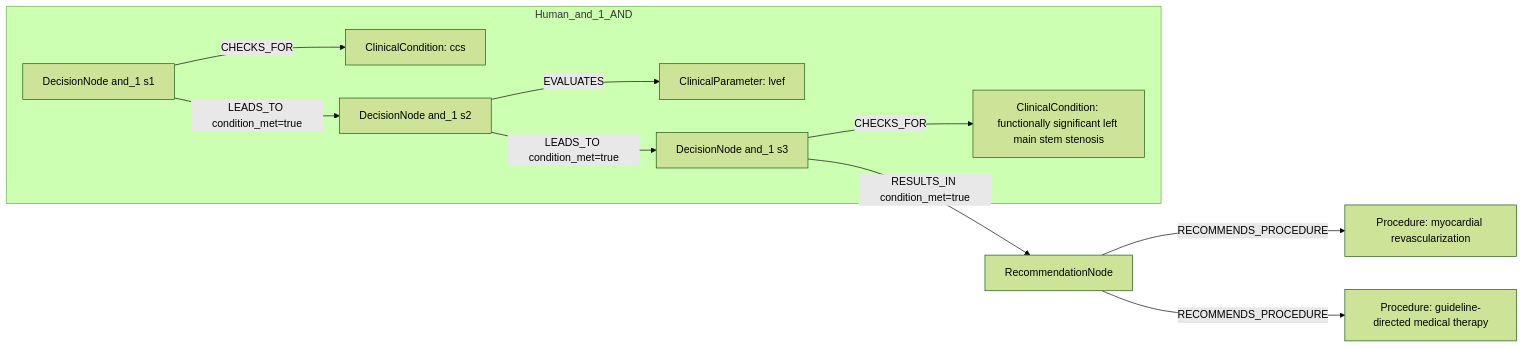
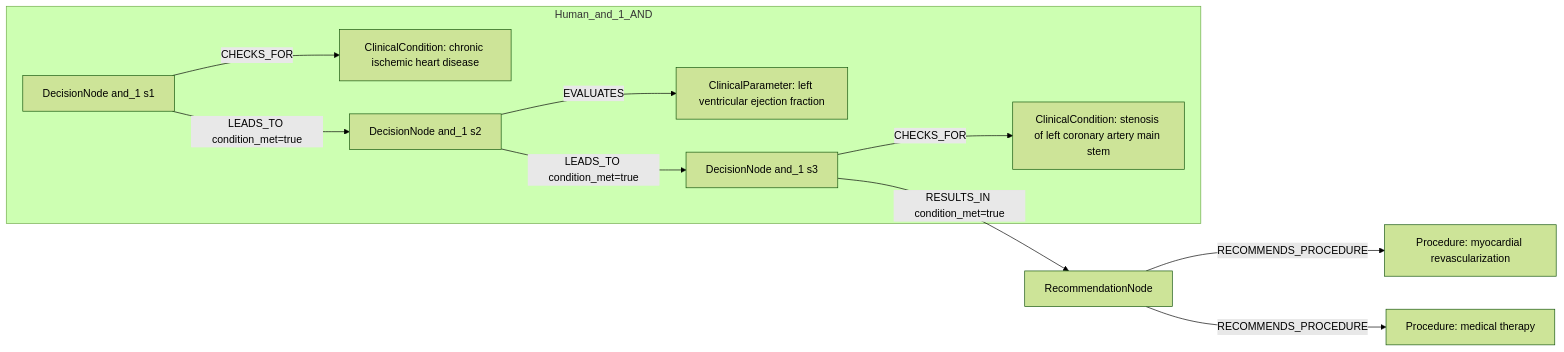
The first of 2 diagrams in docs/table22_rows_comparison/row_06.md (dieterich-lab/CardioGuidelinesGraph), drawn with Mermaid (forest theme) before and after one commit. The commit also changed other lines of this file and 27 other files, not shown here.

````diff
--- a/docs/table22_rows_comparison/row_06.md
+++ b/docs/table22_rows_comparison/row_06.md
@@ -399,22 +116,22 @@
 ```mermaid
 graph LR
   REC[RecommendationNode]
   ACT1[Procedure: myocardial revascularization]
   REC -->|RECOMMENDS_PROCEDURE| ACT1
-  ACT2[Procedure: guideline-directed medical therapy]
+  ACT2[Procedure: medical therapy]
   REC -->|RECOMMENDS_PROCEDURE| ACT2
   subgraph Human_and_1_AND
     D_and_1_1[DecisionNode and_1 s1]
-    C_and_1_1[ClinicalCondition: ccs]
+    C_and_1_1[ClinicalCondition: chronic ischemic heart disease]
     D_and_1_1 -->|CHECKS_FOR| C_and_1_1
     D_and_1_2[DecisionNode and_1 s2]
-    C_and_1_2[ClinicalParameter: lvef]
+    C_and_1_2[ClinicalParameter: left ventricular ejection fraction]
     D_and_1_2 -->|EVALUATES| C_and_1_2
     D_and_1_3[DecisionNode and_1 s3]
-    C_and_1_3[ClinicalCondition: functionally significant left main stem stenosis]
+    C_and_1_3[ClinicalCondition: stenosis of left coronary artery main stem]
     D_and_1_3 -->|CHECKS_FOR| C_and_1_3
     D_and_1_1 -->|LEADS_TO condition_met=true| D_and_1_2
     D_and_1_2 -->|LEADS_TO condition_met=true| D_and_1_3
   end
   D_and_1_3 -->|RESULTS_IN condition_met=true| REC
 ```
````
